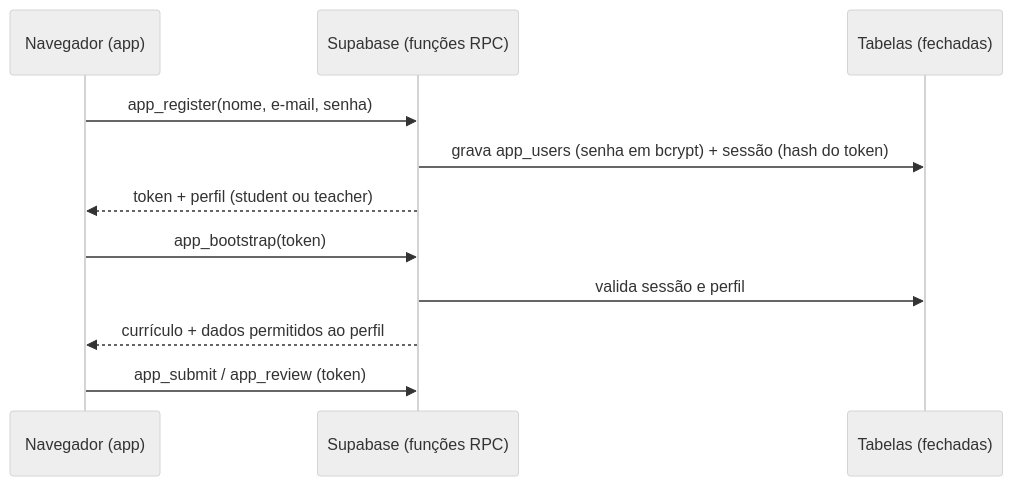
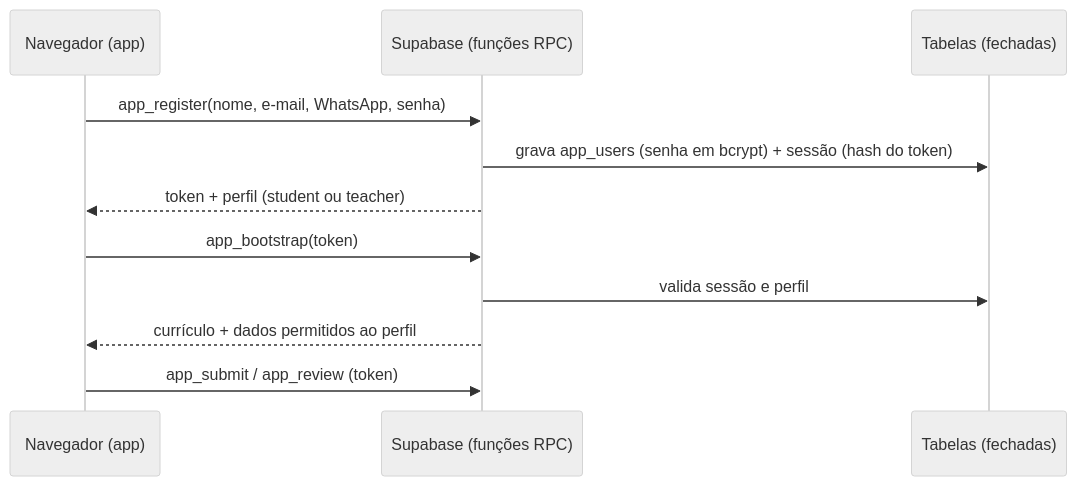
Before and after one commit to ehpessoa/dafa: the second of 2 diagrams in docs/04-setup-e-recursos.md, drawn with Mermaid (neutral theme). The commit also changed other lines of this file and 14 other files, not shown here.

First line of the commit message:
Cadastro com WhatsApp, confirmação de cadastro e recuperação de senha por código

````diff
--- a/docs/04-setup-e-recursos.md
+++ b/docs/04-setup-e-recursos.md
@@ -32,13 +33,13 @@
 ```mermaid
 sequenceDiagram
   participant A as Navegador (app)
   participant R as Supabase (funções RPC)
   participant T as Tabelas (fechadas)
-  A->>R: app_register(nome, e-mail, senha)
+  A->>R: app_register(nome, e-mail, WhatsApp, senha)
   R->>T: grava app_users (senha em bcrypt) + sessão (hash do token)
   R-->>A: token + perfil (student ou teacher)
   A->>R: app_bootstrap(token)
   R->>T: valida sessão e perfil
   R-->>A: currículo + dados permitidos ao perfil
   A->>R: app_submit / app_review (token)
 ```
````
